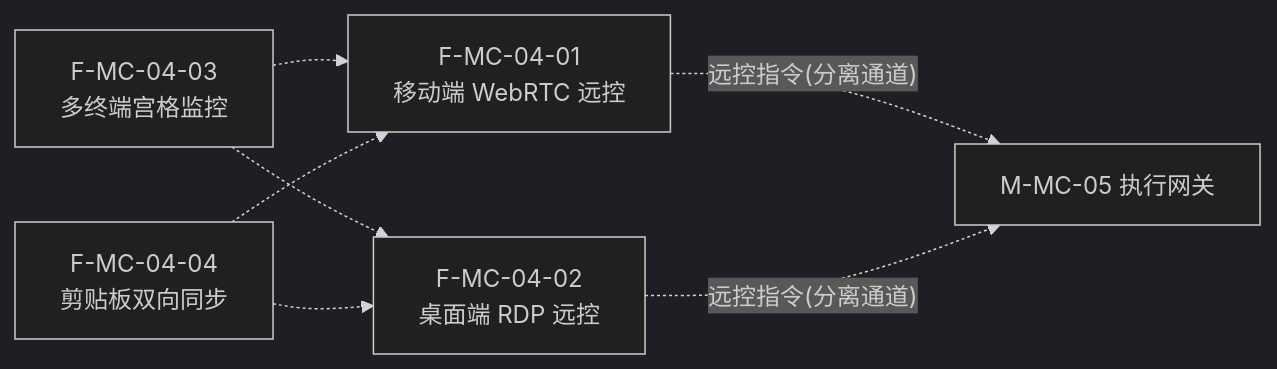
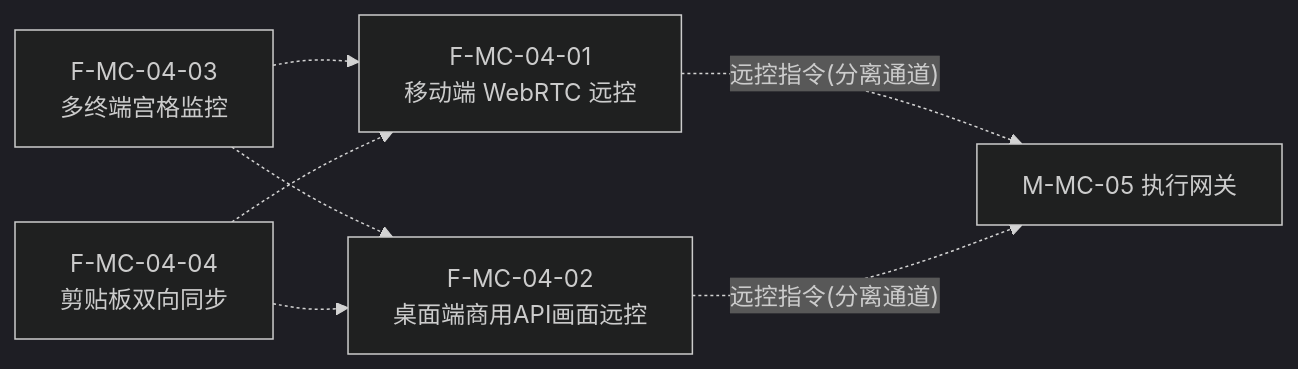
Before and after one commit to Sj-g/obsidian: diagram 14 of 47 in 公司项目/认知作战/文档/软件概要设计-架构图.md, drawn with Mermaid (dark theme). The commit also changed other lines of this file and 3 other files, not shown here.

````diff
--- a/公司项目/认知作战/文档/软件概要设计-架构图.md
+++ b/公司项目/认知作战/文档/软件概要设计-架构图.md
@@ -360,11 +360,11 @@
 ```mermaid
 flowchart LR
     F0401["F-MC-04-01<br/>移动端 WebRTC 远控"]
-    F0402["F-MC-04-02<br/>桌面端 RDP 远控"]
+    F0402["F-MC-04-02<br/>桌面端商用API画面远控"]
     F0403["F-MC-04-03<br/>多终端宫格监控"]
     F0404["F-MC-04-04<br/>剪贴板双向同步"]
 
     F0401 & F0402 -.->|"远控指令(分离通道)"| EXT["M-MC-05 执行网关"]
     F0403 -.-> F0401 & F0402
     F0404 -.-> F0401 & F0402
 ```
````
